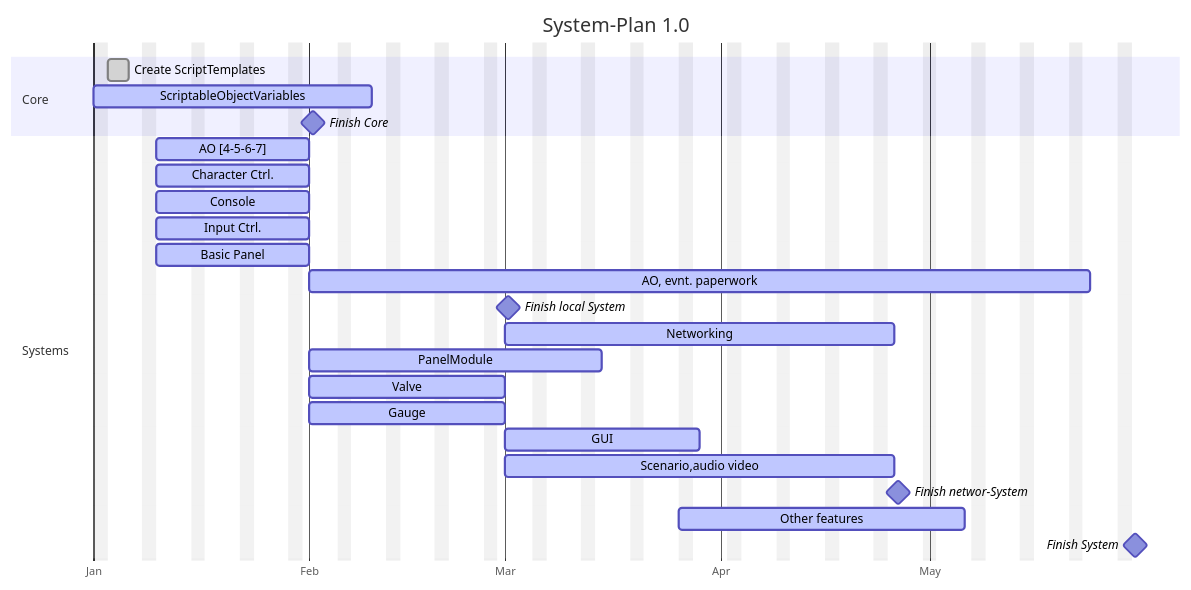
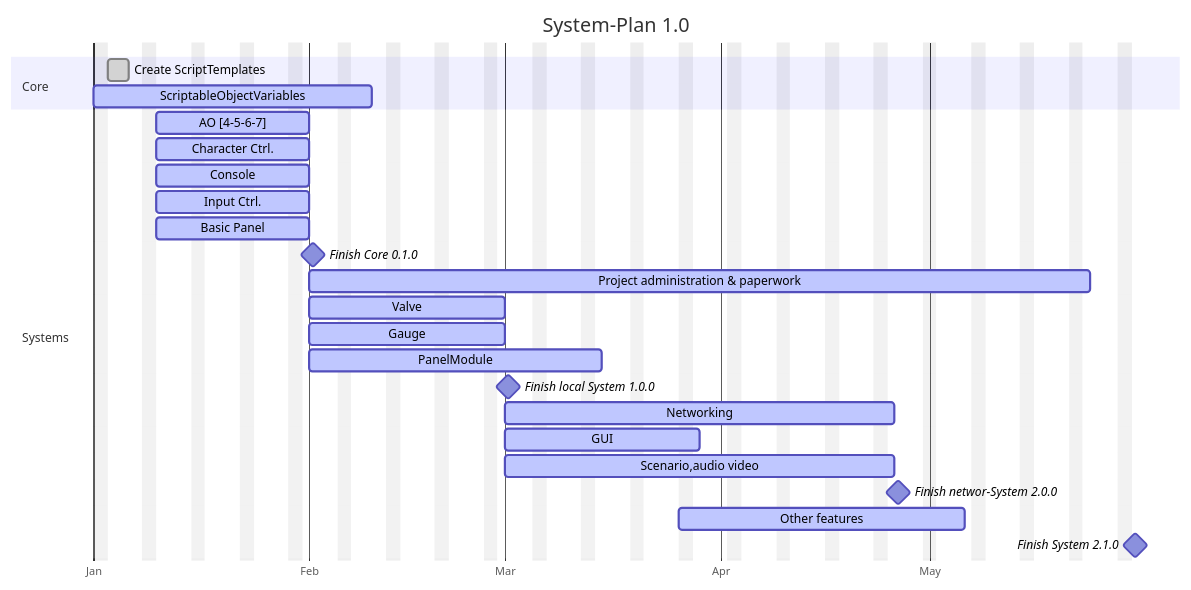
One commit to Unslinga/DivingEd changed the diagram in Documents/SystemPlan.md. Above: the diagram before and after it, drawn with Mermaid. The commit also changed other lines of this file and 4 other files, not shown here.

````diff
--- a/Documents/SystemPlan.md
+++ b/Documents/SystemPlan.md
@@ -1,31 +1,35 @@
 ```mermaid
 gantt
     dateFormat  YYYY-MM-DD
     axisFormat  %b
     todayMarker off
     title       System-Plan 1.0
     excludes    weekends
 
     section Core
     Create ScriptTemplates      :done, st, 2022-01-03, 3d
     ScriptableObjectVariables   :active, sv, 2022-01-01, 2022-02-10
-    Finish Core                 :milestone, m1, 2022-02-01, 1d
+    
 
     section Systems
-    AO [4-5-6-7]                :active, pw, 2022-01-10, 16d
-    Character Ctrl.        :active, ch, 2022-01-10, 16d
-    Console                     :active, co, 2022-01-10, 16d
-    Input Ctrl.            :active, in, 2022-01-10, 16d
-    Basic Panel                 :active, pa, 2022-01-10, 16d
-    AO, evnt. paperwork         :active, pw, 2022-02-01, 80d
-    Finish local System         :milestone, m2, 2022-03-01, 1d
-    Networking                  :active, ne, 2022-03-01, 40d
-    PanelModule                 :active, pm, 2022-02-01, 30d
-    Valve                       :active, va, 2022-02-01, 20d
-    Gauge                       :active, ga, 2022-02-01, 20d
-    GUI                         :active, gu, 2022-03-01, 20d
-    Scenario,audio video         :active, av, 2022-03-01, 40d
-    Finish networ-System        :milestone, m2, 2022-04-26, 1d
-    Other features              :active, va, 2022-03-26, 30d
-    Finish System               :milestone, m2, 2022-05-30, 1d
+    AO [4-5-6-7]                        :active, pw, 2022-01-10, 16d
+    Character Ctrl.                     :active, ch, 2022-01-10, 16d
+    Console                             :active, co, 2022-01-10, 16d
+    Input Ctrl.                         :active, in, 2022-01-10, 16d
+    Basic Panel                         :active, pa, 2022-01-10, 16d
+    Finish Core 0.1.0                   :milestone, m1, 2022-02-01, 1d
+
+    Project administration & paperwork  :active, pw, 2022-02-01, 80d
+    Valve                               :active, va, 2022-02-01, 20d
+    Gauge                               :active, ga, 2022-02-01, 20d
+    PanelModule                         :active, pm, 2022-02-01, 30d
+    Finish local System 1.0.0           :milestone, m2, 2022-03-01, 1d
+
+    Networking                          :active, ne, 2022-03-01, 40d
+    GUI                                 :active, gu, 2022-03-01, 20d
+    Scenario,audio video                :active, av, 2022-03-01, 40d
+    Finish networ-System 2.0.0          :milestone, m2, 2022-04-26, 1d
+
+    Other features                      :active, va, 2022-03-26, 30d
+    Finish System 2.1.0                 :milestone, m2, 2022-05-30, 1d
 ```
````
